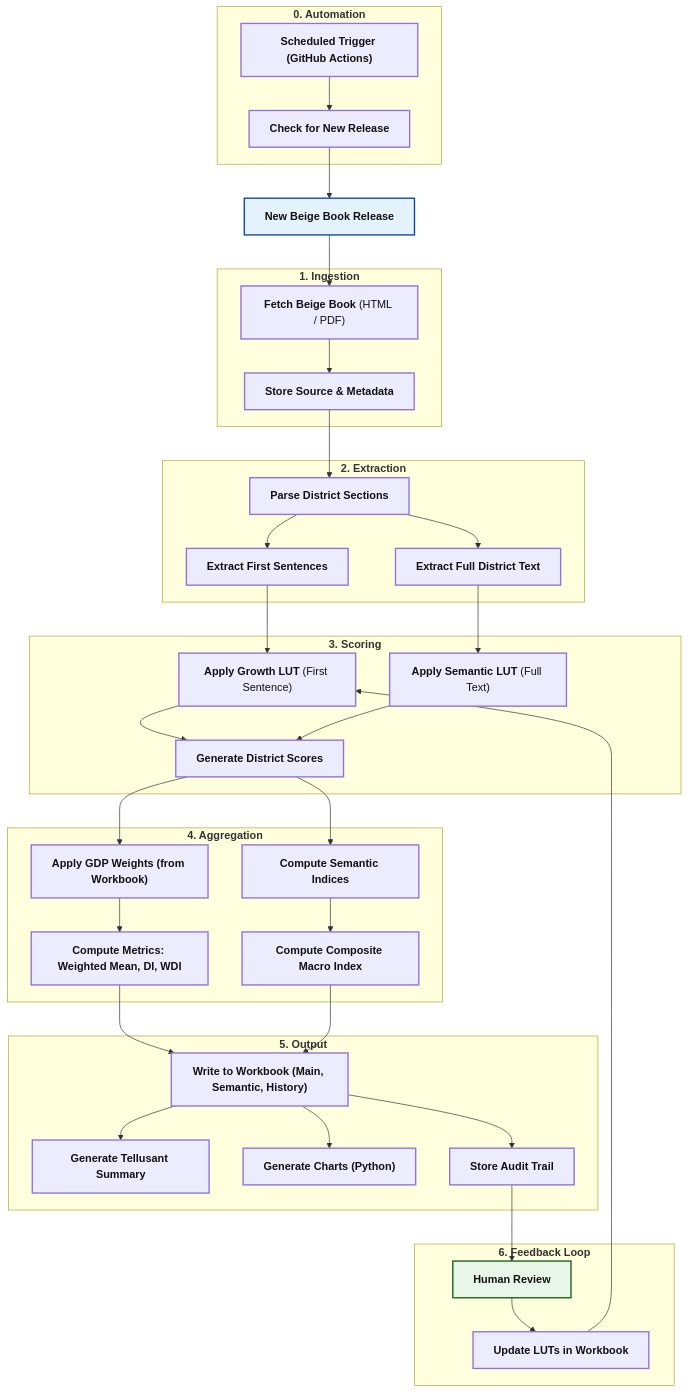
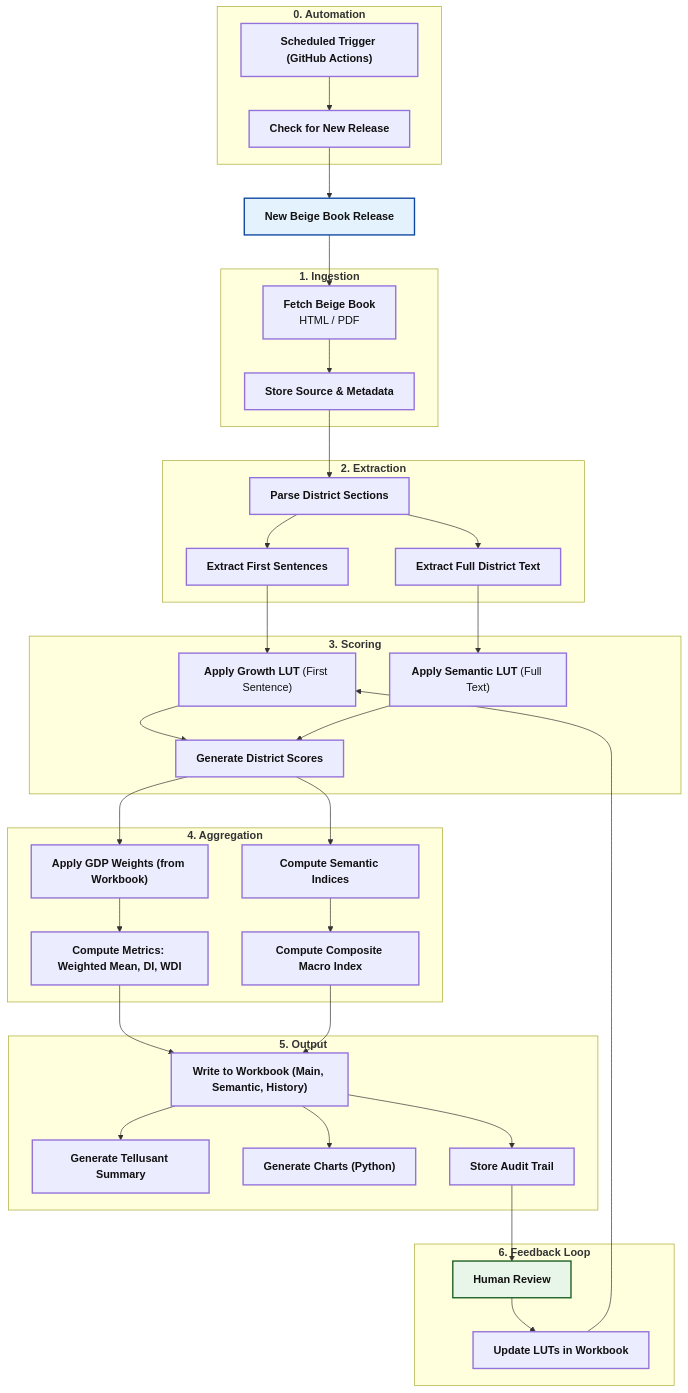
The diagram in articles-posts/fedora.md (scanback/docs), drawn with Mermaid before and after one commit.

```diff
--- a/articles-posts/fedora.md
+++ b/articles-posts/fedora.md
@@ -9,73 +9,73 @@
 <div class="mermaid">
 
 %%{init: {'themeVariables': { 'fontFamily': 'Arial'}}}%%
 
 flowchart TD
 
     A["`**New Beige Book Release**`"]:::blue
 
     subgraph S1["`**1. Ingestion**`"]
-        B["`**Fetch Beige Book** (HTML / PDF)`"]:::base
+        B["`**Fetch Beige Book**<br/>HTML / PDF`"]:::base
         C["`**Store Source & Metadata**`"]:::base
     end
 
     subgraph S2["`**2. Extraction**`"]
         D["`**Parse District Sections**`"]:::base
         E["`**Extract First Sentences**`"]:::base
         F["`**Extract Full District Text**`"]:::base
     end
 
     subgraph S3["`**3. Scoring**`"]
         G["`**Apply Growth LUT** (First Sentence)`"]:::base
         H["`**Apply Semantic LUT** (Full Text)`"]:::base
         I["`**Generate District Scores**`"]:::base
     end
 
     subgraph S4["`**4. Aggregation**`"]
         J["`**Apply GDP Weights (from Workbook)**`"]:::base
         K["`**Compute Metrics: Weighted Mean, DI, WDI**`"]:::base
         L["`**Compute Semantic Indices**`"]:::base
         M["`**Compute Composite Macro Index**`"]:::base
     end
 
     subgraph S5["`**5. Output**`"]
         N["`**Write to Workbook (Main, Semantic, History)**`"]:::base
         O["`**Generate Tellusant Summary**`"]:::base
         P["`**Generate Charts (Python)**`"]:::base
         Q["`**Store Audit Trail**`"]:::base
     end
 
     subgraph S6["`**0. Automation**`"]
         R["`**Scheduled Trigger (GitHub Actions)**`"]:::base
         S["`**Check for New Release**`"]:::base
     end
 
     subgraph S7["`**6. Feedback Loop**`"]
         T["`**Human Review**`"]:::green
         U["`**Update LUTs in Workbook**`"]:::base
     end
 
     R --> S --> A
     A --> B --> C --> D --> E
     D --> F
     E --> G --> I
     F --> H --> I
     I --> J --> K
     I --> L --> M
     K --> N
     M --> N
     N --> O
     N --> P
     N --> Q
     Q --> T --> U --> G
 
 %% ========= STYLES =========
 classDef green   fill:#E8F5E9,stroke:#1B5E20,stroke-width:2px,color:#111;
 classDef blue    fill:#E3F2FD,stroke:#0D47A1,stroke-width:2px,color:#111;
 classDef orange  fill:#FFF8E1,stroke:#FF6F00,stroke-width:2px,color:#111;
 classDef red     fill:#FDECEA,stroke:#B71C1C,stroke-width:2px,color:#111;
 classDef grey    fill:#F5F5F5,stroke:#424242,stroke-width:2px,color:#111;
 classDef base    fill:#ECECFF,stroke:#9370DB,stroke-width:2px,color:#111;
 classDef clear   fill:transparent,stroke:transparent;
 
     </div>
```
